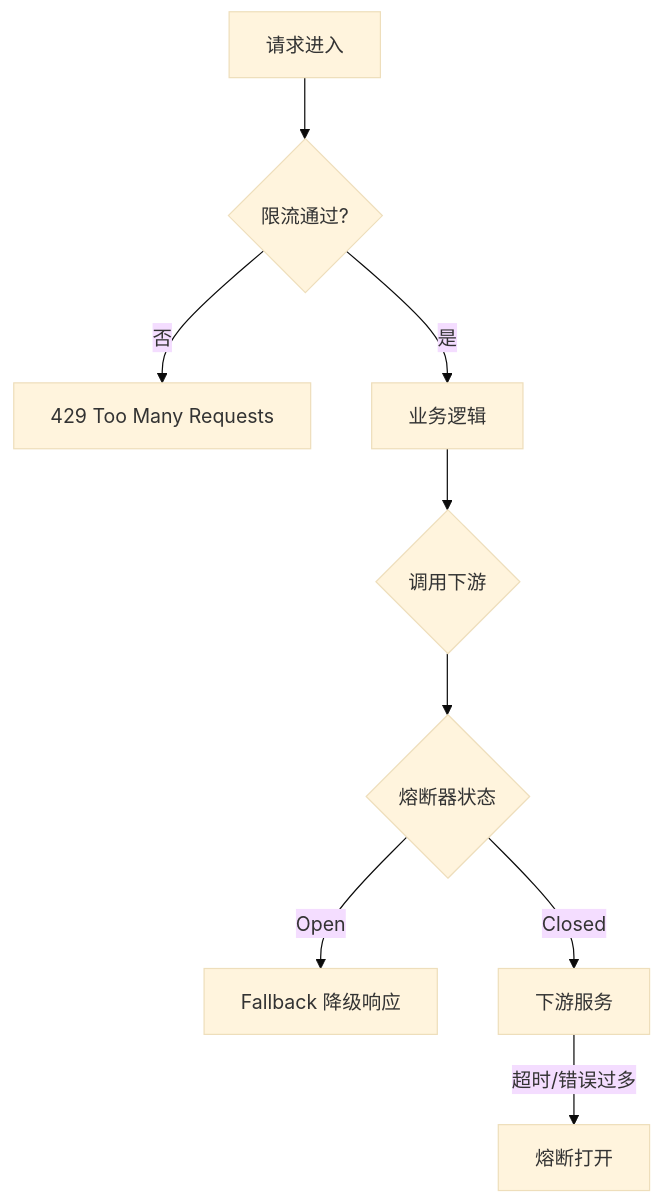
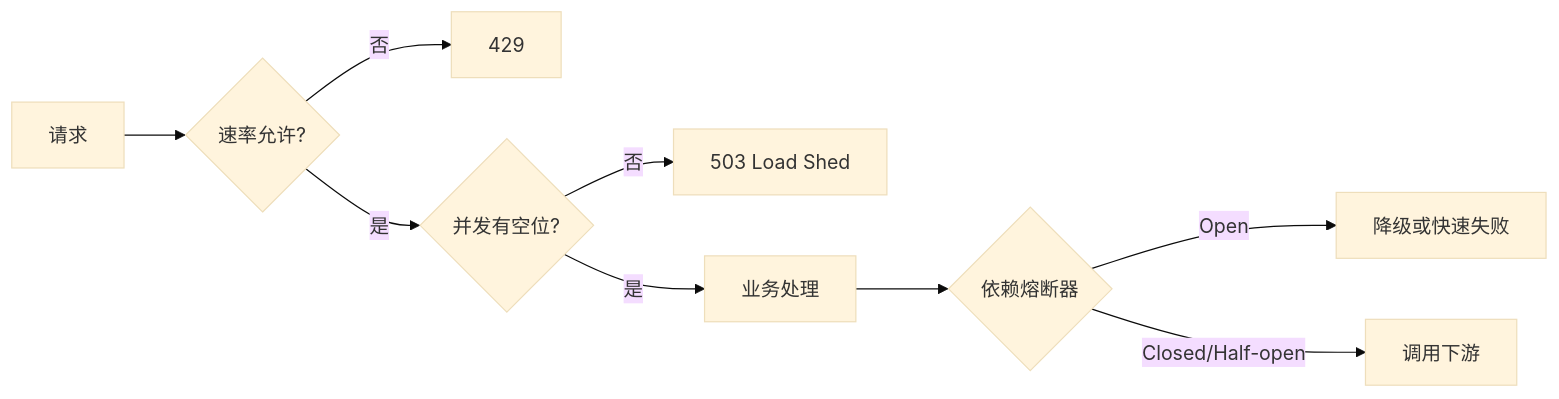
Before and after one commit to moqix26/study: the first of 2 diagrams in 后端学习/系统设计/02-限流熔断与降级.md, drawn with Mermaid (base theme). The commit also changed other lines of this file and 202 other files, not shown here.

````diff
--- a/后端学习/系统设计/02-限流熔断与降级.md
+++ b/后端学习/系统设计/02-限流熔断与降级.md
@@ -83,11 +55,11 @@
 ```mermaid
-flowchart TB
-    REQ[请求进入] --> RL{限流通过?}
-    RL -->|否| R429[429 Too Many Requests]
-    RL -->|是| BIZ[业务逻辑]
-    BIZ --> DEP{调用下游}
-    DEP --> CB{熔断器状态}
-    CB -->|Open| FB[Fallback 降级响应]
-    CB -->|Closed| SVC[下游服务]
-    SVC -->|超时/错误过多| OPEN[熔断打开]
+flowchart LR
+    R[请求] --> L{速率允许?}
+    L -->|否| E429[429]
+    L -->|是| C{并发有空位?}
+    C -->|否| E503[503 Load Shed]
+    C -->|是| B[业务处理]
+    B --> CB{依赖熔断器}
+    CB -->|Open| F[降级或快速失败]
+    CB -->|Closed/Half-open| D[调用下游]
 ```
````
